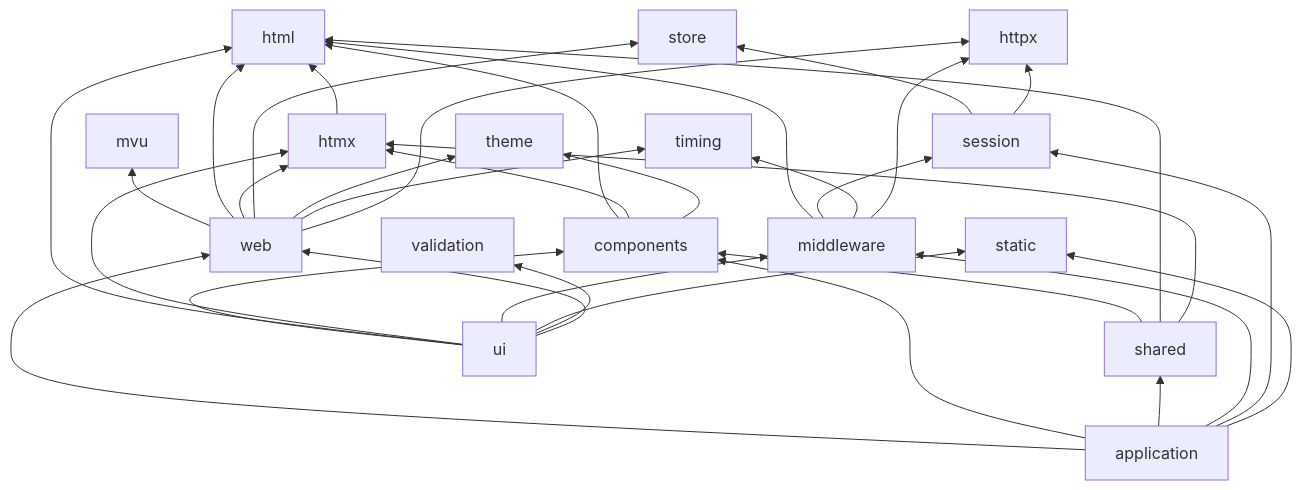
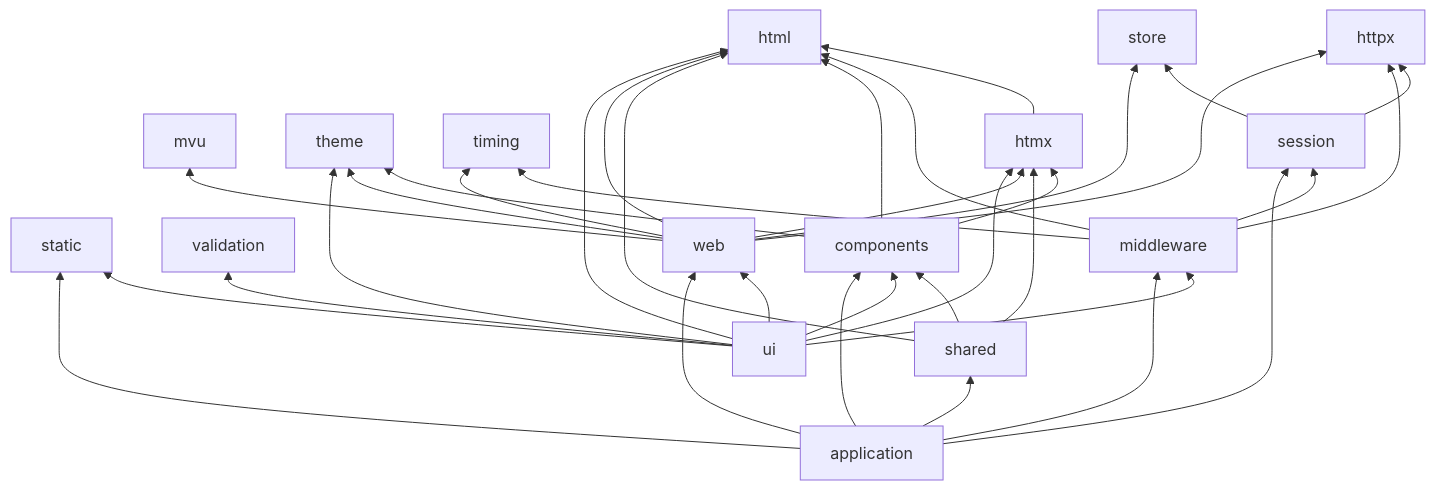
One commit to dmundt/go-mvu changed the first of 2 diagrams in docs/architecture.md. Above: the diagram before and after it, drawn with Mermaid. The commit also changed other lines of this file and 18 other files, not shown here.

````diff
--- a/docs/architecture.md
+++ b/docs/architecture.md
@@ -67,12 +67,12 @@
 ```mermaid
 flowchart BT
   html; mvu; store; theme; static; validation; timing; httpx
   htmx --> html
   session --> store & httpx
   middleware --> html & session & timing & httpx
   components --> html & htmx & theme
   shared --> components & html & htmx
   web --> mvu & html & htmx & store & theme & timing & httpx
-  ui --> components & html & htmx & middleware & static & validation & web
+  ui --> components & html & htmx & middleware & static & theme & validation & web
   app[application] --> web & components & shared & middleware & session & static
 ```
````
